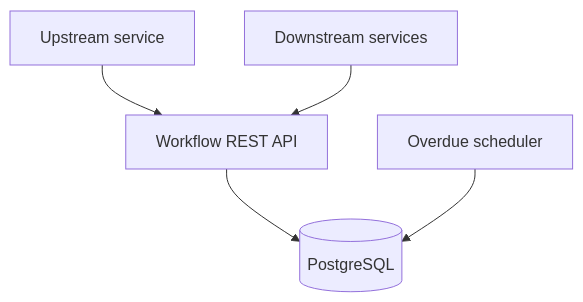
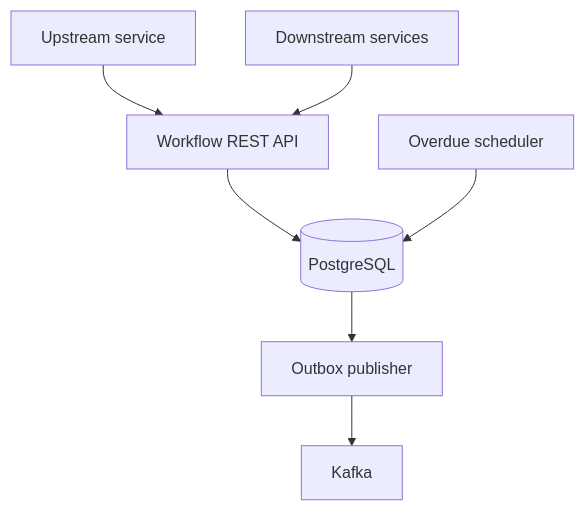
The diagram in docs/architecture.md (bhushanchinmay/workflow-ack-tracker), drawn with Mermaid before and after one commit. The commit also changed other lines of this file and 3 other files, not shown here.

````diff
--- a/docs/architecture.md
+++ b/docs/architecture.md
@@ -5,7 +5,9 @@
 ```mermaid
 flowchart TD
     U[Upstream service] --> A[Workflow REST API]
     D[Downstream services] --> A
     A --> P[(PostgreSQL)]
     S[Overdue scheduler] --> P
+    P --> O[Outbox publisher]
+    O --> K[Kafka]
 ```
````
